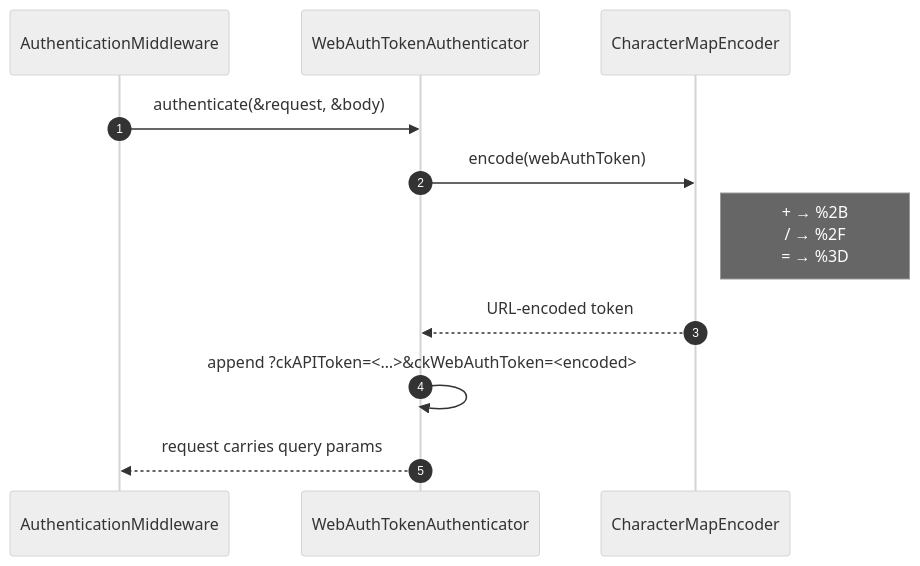
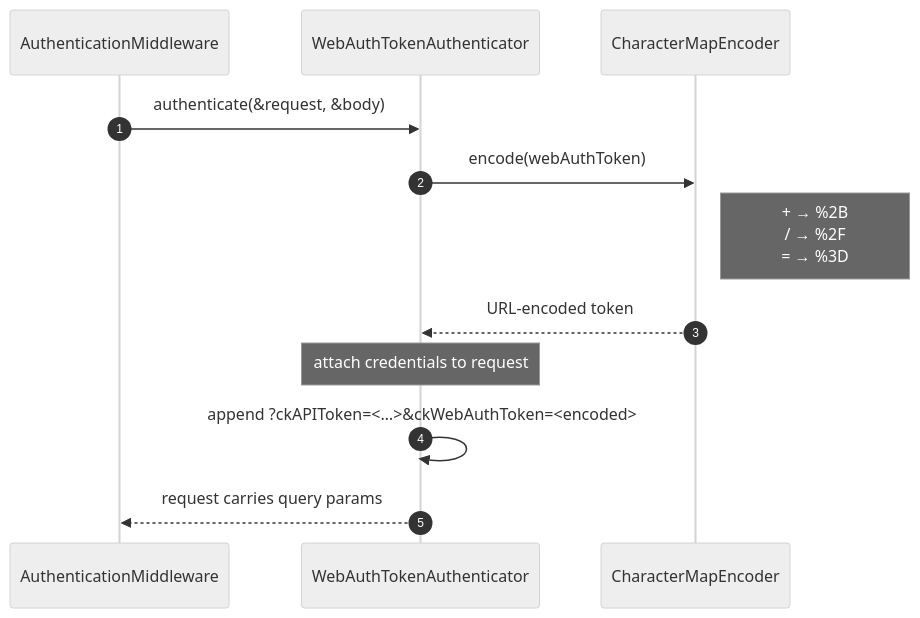
Before and after one commit to brightdigit/MistKit: the second of 4 diagrams in docs/internals/authentication-middleware.md, drawn with Mermaid (neutral theme). The commit also changed other lines of this file, not shown here.

First line of the commit message:
docs(internals): align per-scheme auth sections with parallel numbered steps

````diff
--- a/docs/internals/authentication-middleware.md
+++ b/docs/internals/authentication-middleware.md
@@ -285,14 +294,15 @@
 ```mermaid
 sequenceDiagram
   autonumber
   participant Mid as AuthenticationMiddleware
   participant Auth as WebAuthTokenAuthenticator
   participant Enc as CharacterMapEncoder
 
   Mid->>Auth: authenticate(&request, &body)
   Auth->>Enc: encode(webAuthToken)
   Note right of Enc: + → %2B<br/>/ → %2F<br/>= → %3D
   Enc-->>Auth: URL-encoded token
+  Note over Auth: attach credentials to request
   Auth->>Auth: append ?ckAPIToken=<…>&ckWebAuthToken=<encoded>
   Auth-->>Mid: request carries query params
 ```
````
